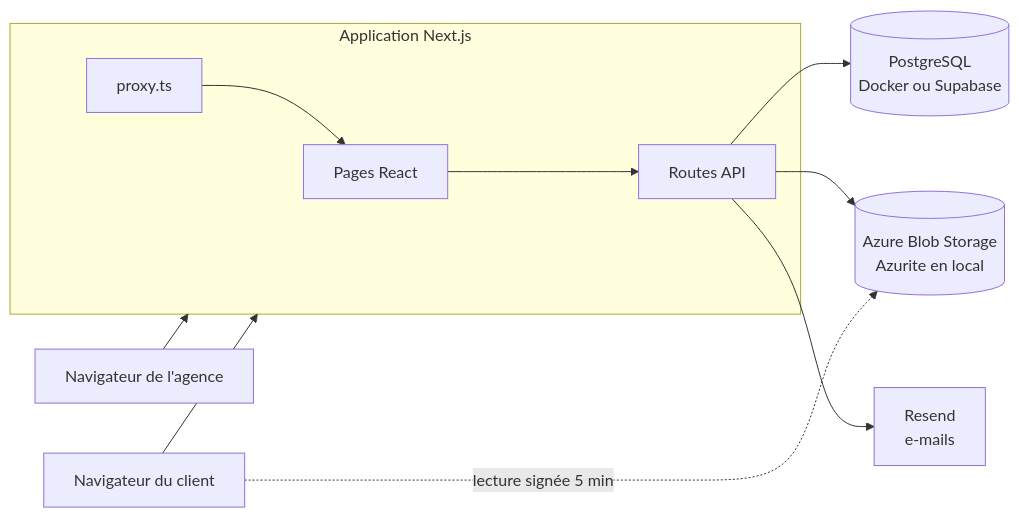
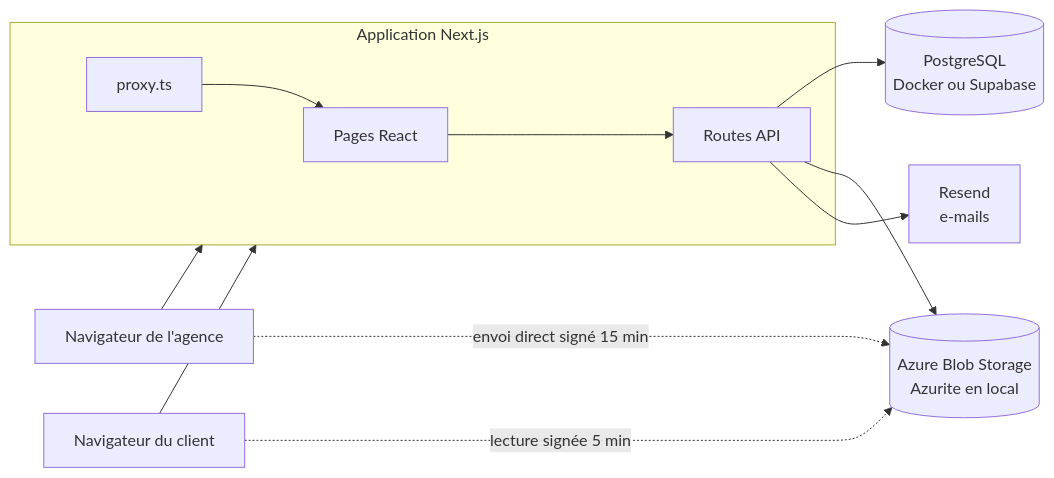
Before and after one commit to mariano-forge/scopeguard: the diagram in TECHNOLOGIES.md, drawn with Mermaid. The commit also changed other lines of this file and 9 other files, not shown here.

````diff
--- a/TECHNOLOGIES.md
+++ b/TECHNOLOGIES.md
@@ -9,13 +9,14 @@
 ```mermaid
 flowchart LR
     Agence[Navigateur de l'agence] --> App
     Client[Navigateur du client] --> App
     subgraph App[Application Next.js]
         Pages[Pages React] --> API[Routes API]
         Proxy[proxy.ts] --> Pages
     end
     API --> DB[(PostgreSQL<br/>Docker ou Supabase)]
     API --> Blob[(Azure Blob Storage<br/>Azurite en local)]
     API --> Mail[Resend<br/>e-mails]
     Client -. lecture signée 5 min .-> Blob
+    Agence -. envoi direct signé 15 min .-> Blob
 ```
````
